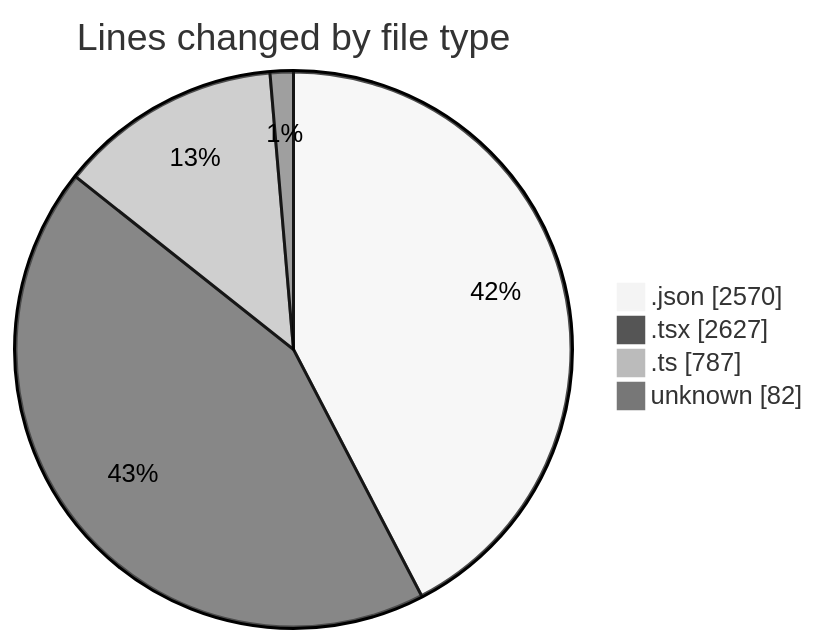
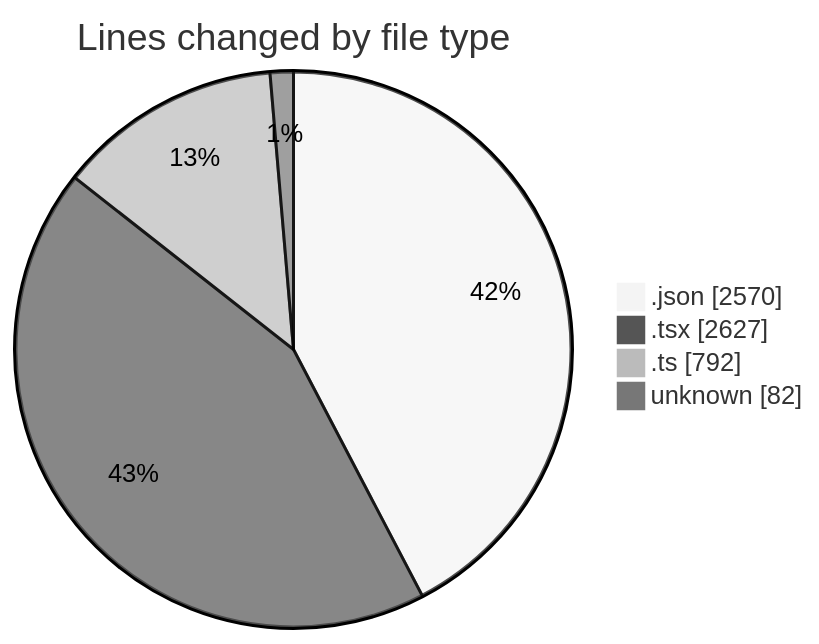
Before and after one commit to julien-gomy/code-tracking: the first of 2 diagrams in 2025-10-29/eventscop-frontend-guide__workspace_/README.md, drawn with Mermaid (neutral theme). The commit also changed other lines of this file and 1 other file, not shown here.

````diff
--- a/2025-10-29/eventscop-frontend-guide__workspace_/README.md
+++ b/2025-10-29/eventscop-frontend-guide__workspace_/README.md
@@ -54,8 +54,8 @@
 ```mermaid
 pie showData
 title Lines changed by file type
 ".json" : 2570
 ".tsx" : 2627
-".ts" : 787
+".ts" : 792
 "unknown" : 82
 ```
````
